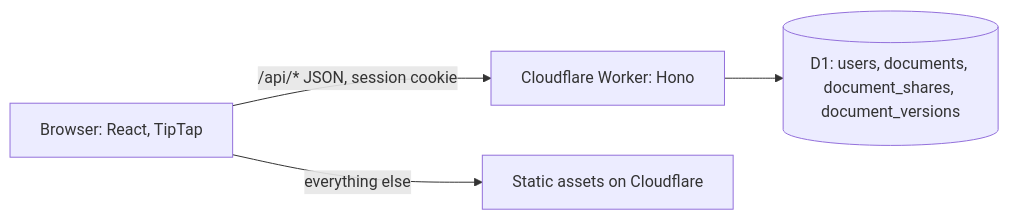
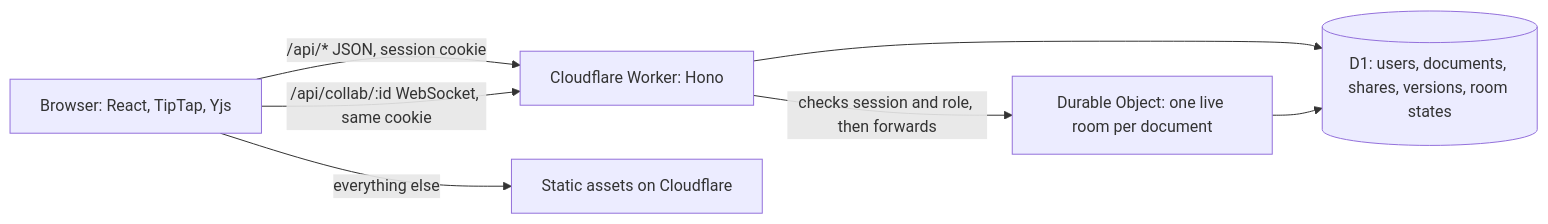
Before and after one commit to jonathancostin/ajaia-docs: the diagram in ARCHITECTURE.md, drawn with Mermaid. The commit also changed other lines of this file and 13 other files, not shown here.

````diff
--- a/ARCHITECTURE.md
+++ b/ARCHITECTURE.md
@@ -15,6 +15,9 @@
 ```mermaid
 flowchart LR
-  B[Browser: React, TipTap] -- "/api/* JSON, session cookie" --> W[Cloudflare Worker: Hono]
+  B[Browser: React, TipTap, Yjs] -- "/api/* JSON, session cookie" --> W[Cloudflare Worker: Hono]
+  B -- "/api/collab/:id WebSocket, same cookie" --> W
   B -- "everything else" --> A[Static assets on Cloudflare]
-  W --> D[(D1: users, documents, document_shares, document_versions)]
+  W -- "checks session and role, then forwards" --> R[Durable Object: one live room per document]
+  W --> D[(D1: users, documents, shares, versions, room states)]
+  R --> D
 ```
````
